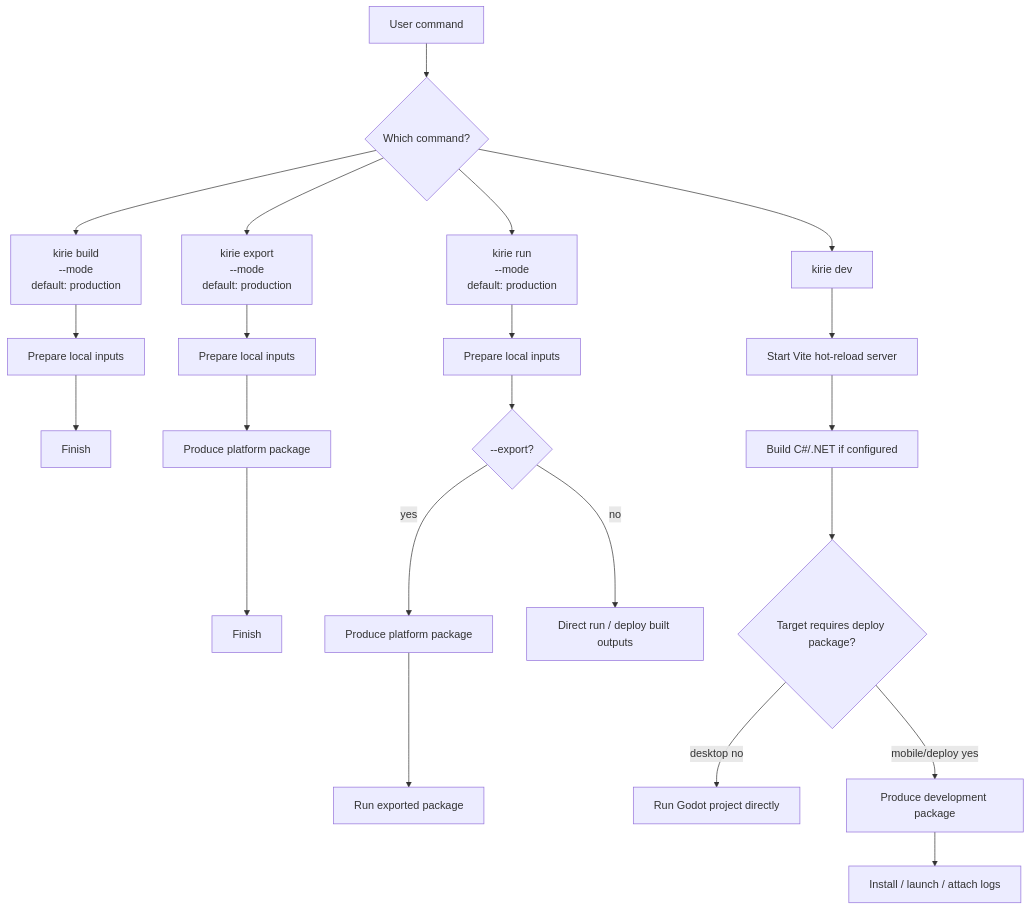
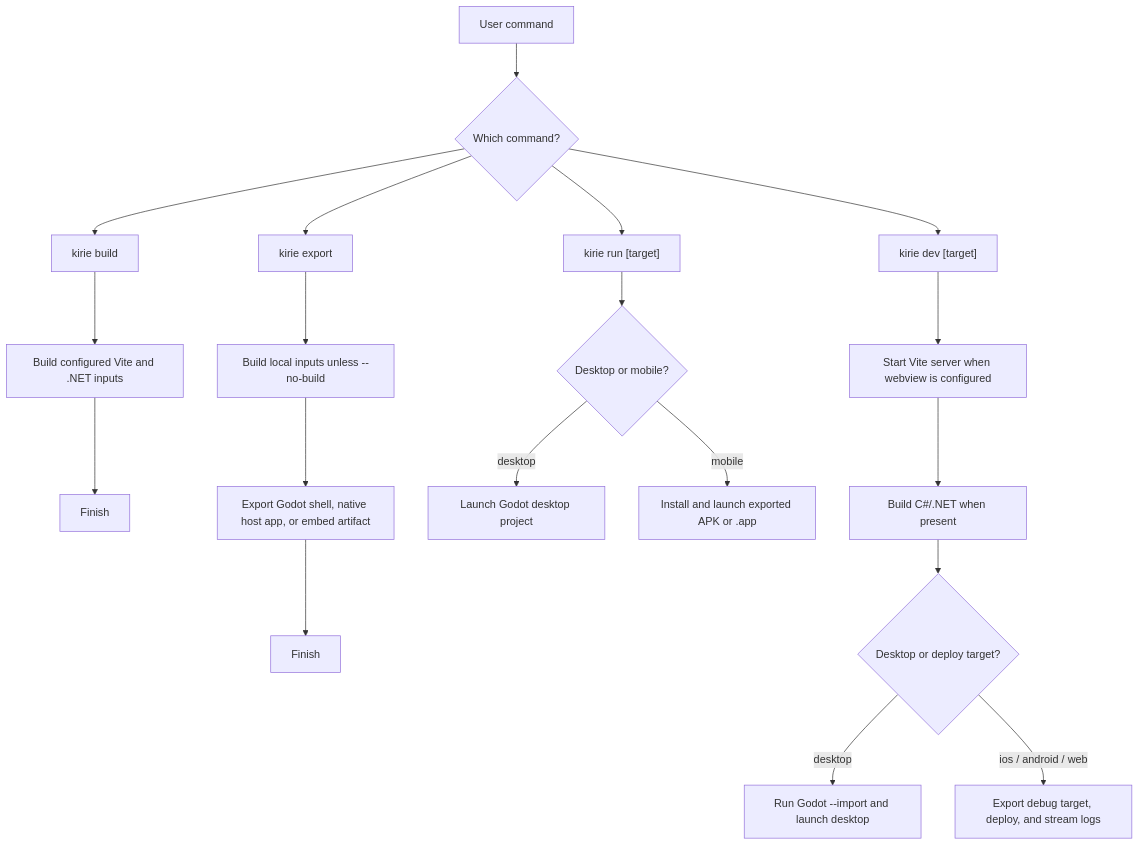
Before and after one commit to gd-kirie/gd-kirie: the diagram in docs/architecture.md, drawn with Mermaid. The commit also changed other lines of this file and 72 other files, not shown here.

First line of the commit message:
feat: decouple webview plugin and add config-driven host targets

````diff
--- a/docs/architecture.md
+++ b/docs/architecture.md
@@ -364,28 +329,25 @@
 ```mermaid
 flowchart TD
     Command["User command"] --> Which{"Which command?"}
 
-    Which --> Build["kirie build\n--mode <mode>\ndefault: production"]
-    Build --> BuildInputs["Prepare local inputs"]
+    Which --> Build["kirie build"]
+    Build --> BuildInputs["Build configured Vite and .NET inputs"]
     BuildInputs --> BuildDone["Finish"]
 
-    Which --> Export["kirie export\n--mode <mode>\ndefault: production"]
-    Export --> ExportBuild["Prepare local inputs"]
-    ExportBuild --> Package["Produce platform package"]
+    Which --> Export["kirie export <target>"]
+    Export --> ExportBuild["Build local inputs unless --no-build"]
+    ExportBuild --> Package["Export Godot shell, native host app, or embed artifact"]
     Package --> ExportDone["Finish"]
 
-    Which --> Run["kirie run\n--mode <mode>\ndefault: production"]
-    Run --> RunBuild["Prepare local inputs"]
-    RunBuild --> RunExport{"--export?"}
-    RunExport -->|yes| RunPackage["Produce platform package"]
-    RunPackage --> RunPackageTarget["Run exported package"]
-    RunExport -->|no| RunDirect["Direct run / deploy built outputs"]
+    Which --> Run["kirie run [target]"]
+    Run --> RunTarget{"Desktop or mobile?"}
+    RunTarget -->|desktop| RunDesktop["Launch Godot desktop project"]
+    RunTarget -->|mobile| RunMobile["Install and launch exported APK or .app"]
 
-    Which --> Dev["kirie dev"]
-    Dev --> DevServer["Start Vite hot-reload server"]
-    DevServer --> DevDotnet["Build C#/.NET if configured"]
-    DevDotnet --> DevTarget{"Target requires deploy package?"}
-    DevTarget -->|desktop no| DevDesktop["Run Godot project directly"]
-    DevTarget -->|mobile/deploy yes| DevPackage["Produce development package"]
-    DevPackage --> DevDeploy["Install / launch / attach logs"]
+    Which --> Dev["kirie dev [target]"]
+    Dev --> DevServer["Start Vite server when webview is configured"]
+    DevServer --> DevDotnet["Build C#/.NET when present"]
+    DevDotnet --> DevTarget{"Desktop or deploy target?"}
+    DevTarget -->|desktop| DevDesktop["Run Godot --import and launch desktop"]
+    DevTarget -->|ios / android / web| DevDeploy["Export debug target, deploy, and stream logs"]
 ```
````
